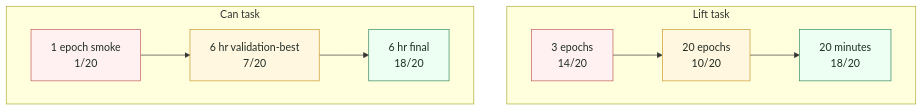
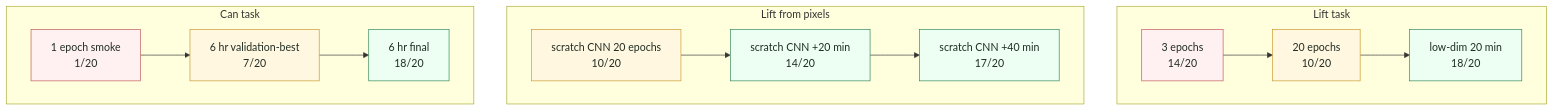
Before and after one commit to danhussey/act_implementation: the second of 2 diagrams in README.md, drawn with Mermaid. The commit also changed other lines of this file and 2 other files, not shown here.

Commit message:
Document vision lift results

````diff
--- a/README.md
+++ b/README.md
@@ -77,26 +77,34 @@
 ```mermaid
 flowchart TD
     subgraph liftTask["Lift task"]
         direction LR
         liftEarly["3 epochs<br/>14/20"]
         liftMid["20 epochs<br/>10/20"]
-        liftLong["20 minutes<br/>18/20"]
+        liftLong["low-dim 20 min<br/>18/20"]
         liftEarly --> liftMid --> liftLong
+    end
+
+    subgraph visionLift["Lift from pixels"]
+        direction LR
+        visionSmoke["scratch CNN 20 epochs<br/>10/20"]
+        visionFirst["scratch CNN +20 min<br/>14/20"]
+        visionLong["scratch CNN +40 min<br/>17/20"]
+        visionSmoke --> visionFirst --> visionLong
     end
 
     subgraph canTask["Can task"]
         direction LR
         canSmoke["1 epoch smoke<br/>1/20"]
         canBest["6 hr validation-best<br/>7/20"]
         canLast["6 hr final<br/>18/20"]
         canSmoke --> canBest --> canLast
     end
 
     classDef weak fill:#fff1f1,stroke:#c05656,color:#1f2c24
     classDef mid fill:#fff7df,stroke:#c9972b,color:#1f2c24
     classDef strong fill:#ecfff2,stroke:#2f855a,color:#1f2c24
 
     class liftEarly,canSmoke weak
-    class liftMid,canBest mid
-    class liftLong,canLast strong
+    class liftMid,canBest,visionSmoke mid
+    class liftLong,canLast,visionFirst,visionLong strong
 ```
````
